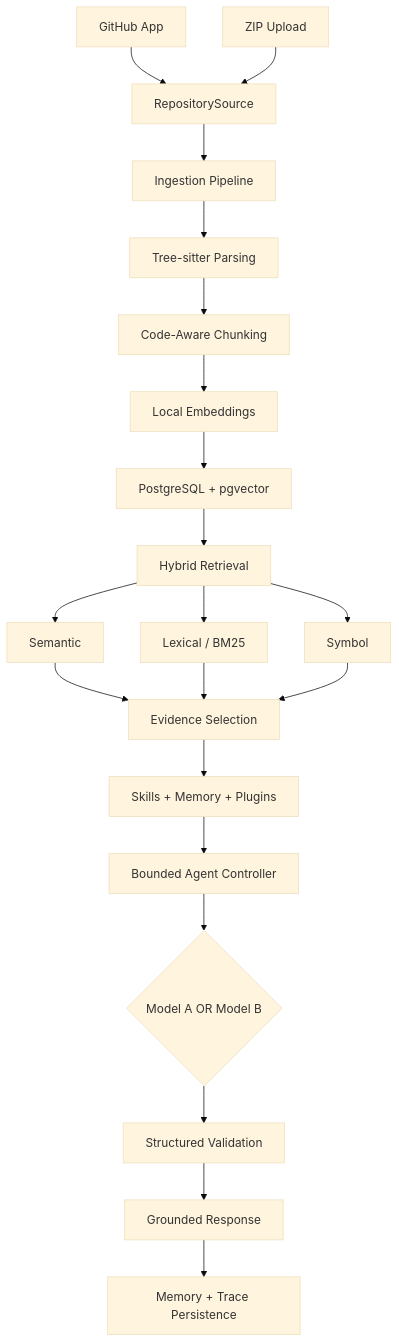
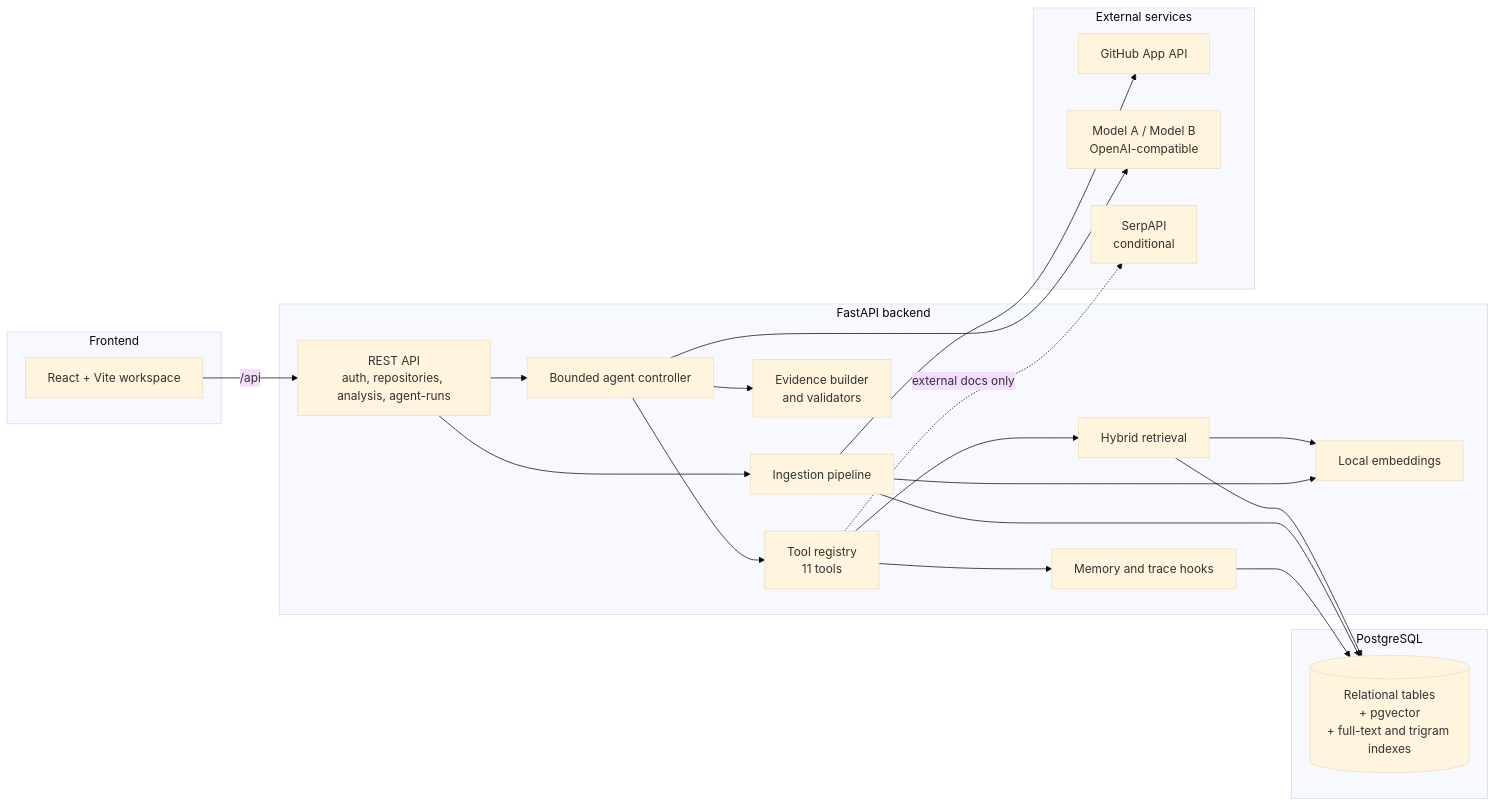
Before and after one commit to Hussnain-Nazir/Agentic-RAG-for-Codebase-Intelligence: the first of 4 diagrams in README.md, drawn with Mermaid (base theme). The commit also changed other lines of this file, not shown here.

````diff
--- a/README.md
+++ b/README.md
@@ -9,23 +98,43 @@
 ```mermaid
-flowchart TD
-    GH["GitHub App"] --> RS["RepositorySource"]
-    ZIP["ZIP Upload"] --> RS
-    RS --> ING["Ingestion Pipeline"]
-    ING --> TS["Tree-sitter Parsing"]
-    TS --> CHK["Code-Aware Chunking"]
-    CHK --> EMB["Local Embeddings"]
-    EMB --> PG["PostgreSQL + pgvector"]
-    PG --> HR["Hybrid Retrieval"]
-    HR --> SEM["Semantic"]
-    HR --> LEX["Lexical / BM25"]
-    HR --> SYM["Symbol"]
-    SEM --> EV["Evidence Selection"]
-    LEX --> EV
-    SYM --> EV
-    EV --> SKM["Skills + Memory + Plugins"]
-    SKM --> AC["Bounded Agent Controller"]
-    AC --> MAB{"Model A OR Model B"}
-    MAB --> SV["Structured Validation"]
-    SV --> GR["Grounded Response"]
-    GR --> MT["Memory + Trace Persistence"]
+flowchart LR
+    subgraph Client["Frontend"]
+        UI["React + Vite workspace"]
+    end
+
+    subgraph Backend["FastAPI backend"]
+        API["REST API<br/>auth, repositories, analysis, agent-runs"]
+        AGENT["Bounded agent controller"]
+        TOOLS["Tool registry<br/>11 tools"]
+        RET["Hybrid retrieval"]
+        EVID["Evidence builder<br/>and validators"]
+        ING["Ingestion pipeline"]
+        EMB["Local embeddings"]
+        MEM["Memory and trace hooks"]
+    end
+
+    subgraph Store["PostgreSQL"]
+        PG[("Relational tables<br/>+ pgvector<br/>+ full-text and trigram indexes")]
+    end
+
+    subgraph External["External services"]
+        GH["GitHub App API"]
+        LLM["Model A / Model B<br/>OpenAI-compatible"]
+        WEB["SerpAPI<br/>conditional"]
+    end
+
+    UI -->|"/api"| API
+    API --> AGENT
+    API --> ING
+    AGENT --> TOOLS
+    TOOLS --> RET
+    TOOLS --> MEM
+    RET --> PG
+    RET --> EMB
+    AGENT --> EVID
+    AGENT --> LLM
+    TOOLS -.->|"external docs only"| WEB
+    ING --> PG
+    ING --> EMB
+    ING --> GH
+    MEM --> PG
 ```
````
